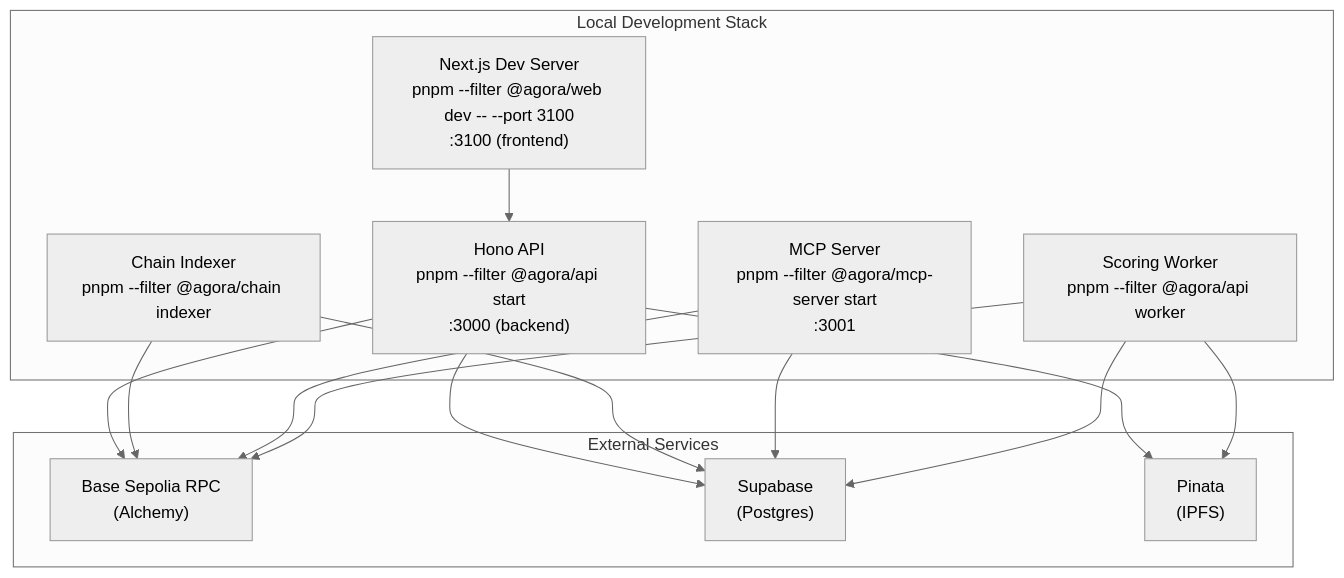
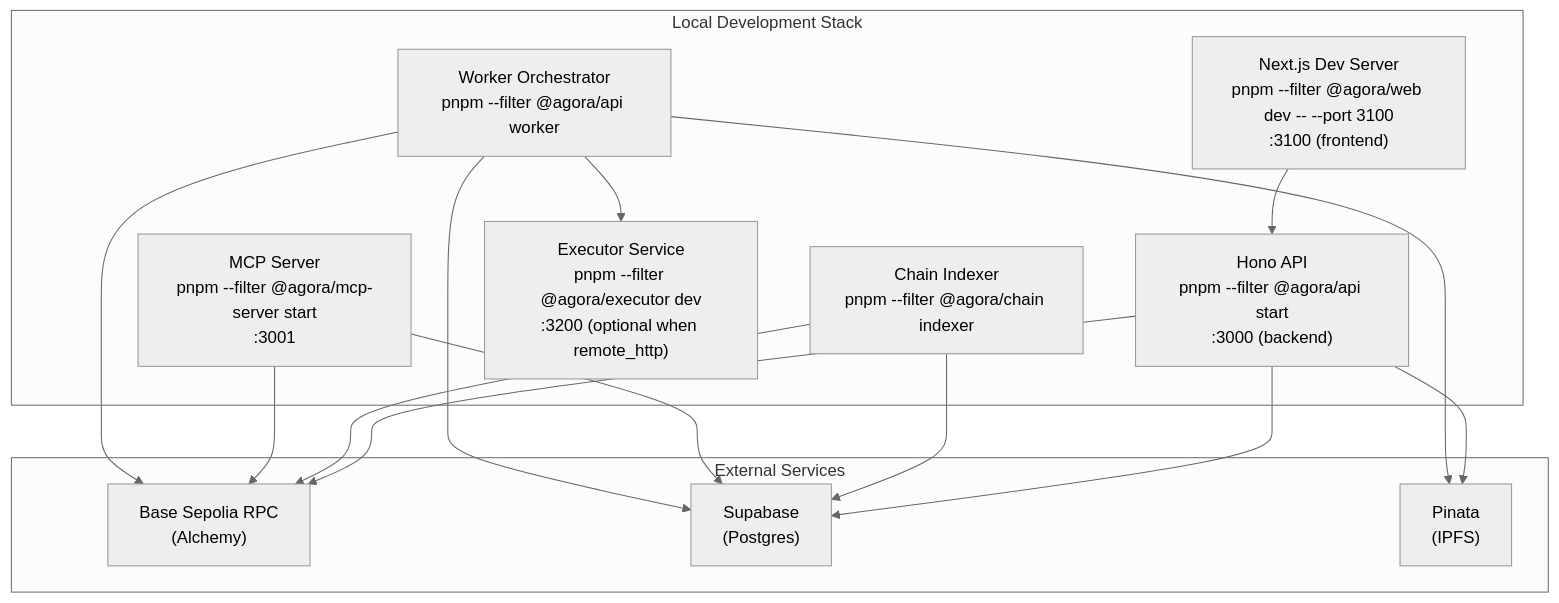
One commit to andymolecule/Agora changed the first of 3 diagrams in docs/operations.md. Above: the diagram before and after it, drawn with Mermaid (neutral theme). The commit also changed other lines of this file and 23 other files, not shown here.

````diff
--- a/docs/operations.md
+++ b/docs/operations.md
@@ -37,28 +37,30 @@
 ```mermaid
 flowchart TB
     subgraph Local["Local Development Stack"]
         Web["Next.js Dev Server<br/>pnpm --filter @agora/web dev -- --port 3100<br/>:3100 (frontend)"]
         API["Hono API<br/>pnpm --filter @agora/api start<br/>:3000 (backend)"]
         MCP["MCP Server<br/>pnpm --filter @agora/mcp-server start<br/>:3001"]
         Indexer["Chain Indexer<br/>pnpm --filter @agora/chain indexer"]
-        Worker["Scoring Worker<br/>pnpm --filter @agora/api worker"]
+        Worker["Worker Orchestrator<br/>pnpm --filter @agora/api worker"]
+        Executor["Executor Service<br/>pnpm --filter @agora/executor dev<br/>:3200 (optional when remote_http)"]
     end
 
     subgraph External["External Services"]
         RPC["Base Sepolia RPC<br/>(Alchemy)"]
         Supa["Supabase<br/>(Postgres)"]
         Pin["Pinata<br/>(IPFS)"]
     end
 
     API --> Supa
     API --> Pin
     API --> RPC
     Indexer --> RPC
     Indexer --> Supa
     MCP --> Supa
     MCP --> RPC
     Worker --> Supa
     Worker --> Pin
     Worker --> RPC
+    Worker --> Executor
     Web --> API
 ```
````
